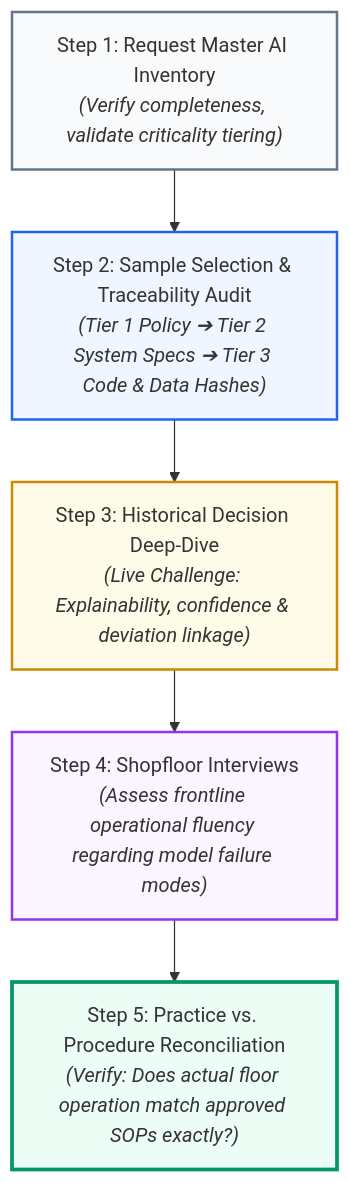
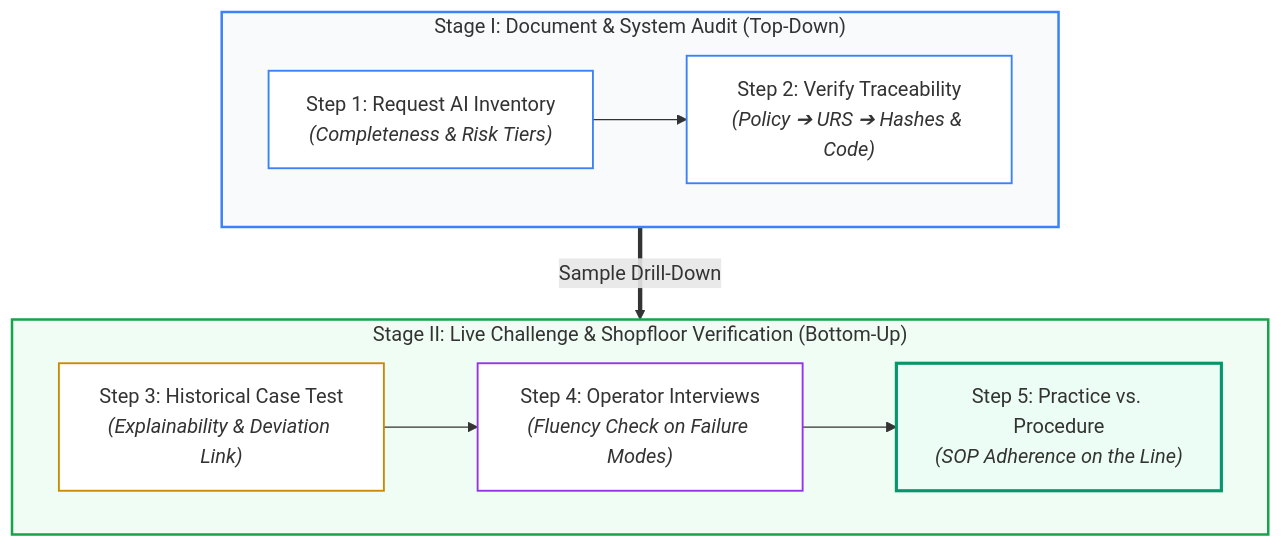
Before and after one commit to Lunaman06/Annex22: the diagram in docs/en/module_12_audit_inspection_readiness.md, drawn with Mermaid. The commit also changed other lines of this file and 29 other files, not shown here.

Commit message:
style(docs): optimize mermaid diagram aspect ratios, edge flows and legibility across all DE and EN modules

````diff
--- a/docs/en/module_12_audit_inspection_readiness.md
+++ b/docs/en/module_12_audit_inspection_readiness.md
@@ -23,13 +23,22 @@
 ```mermaid
 flowchart TD
-    I1["Step 1: Request Master AI Inventory<br/><i>(Verify completeness, validate criticality tiering)</i>"] --> I2["Step 2: Sample Selection & Traceability Audit<br/><i>(Tier 1 Policy ➔ Tier 2 System Specs ➔ Tier 3 Code & Data Hashes)</i>"]
-    I2 --> I3["Step 3: Historical Decision Deep-Dive<br/><i>(Live Challenge: Explainability, confidence & deviation linkage)</i>"]
-    I3 --> I4["Step 4: Shopfloor Interviews<br/><i>(Assess frontline operational fluency regarding model failure modes)</i>"]
-    I4 --> I5["Step 5: Practice vs. Procedure Reconciliation<br/><i>(Verify: Does actual floor operation match approved SOPs exactly?)</i>"]
+    subgraph P1["Stage I: Document & System Audit (Top-Down)"]
+        direction LR
+        I1["Step 1: Request AI Inventory<br/><i>(Completeness & Risk Tiers)</i>"] --> I2["Step 2: Verify Traceability<br/><i>(Policy ➔ URS ➔ Hashes & Code)</i>"]
+    end
 
-    style I1 fill:#f8fafc,stroke:#64748b,stroke-width:2px
-    style I2 fill:#eff6ff,stroke:#2563eb,stroke-width:2px
-    style I3 fill:#fefce8,stroke:#ca8a04,stroke-width:2px
-    style I4 fill:#faf5ff,stroke:#9333ea,stroke-width:2px
-    style I5 fill:#ecfdf5,stroke:#059669,stroke-width:3px
+    subgraph P2["Stage II: Live Challenge & Shopfloor Verification (Bottom-Up)"]
+        direction LR
+        I3["Step 3: Historical Case Test<br/><i>(Explainability & Deviation Link)</i>"] --> I4["Step 4: Operator Interviews<br/><i>(Fluency Check on Failure Modes)</i>"] --> I5["Step 5: Practice vs. Procedure<br/><i>(SOP Adherence on the Line)</i>"]
+    end
+
+    P1 ==>|"Sample Drill-Down"| P2
+
+    style P1 fill:#f8fafc,stroke:#3b82f6,stroke-width:2px
+    style P2 fill:#f0fdf4,stroke:#16a34a,stroke-width:2px
+    style I1 fill:#ffffff,stroke:#3b82f6,stroke-width:1.5px
+    style I2 fill:#ffffff,stroke:#3b82f6,stroke-width:1.5px
+    style I3 fill:#ffffff,stroke:#ca8a04,stroke-width:1.5px
+    style I4 fill:#ffffff,stroke:#9333ea,stroke-width:1.5px
+    style I5 fill:#ecfdf5,stroke:#059669,stroke-width:2.5px
 ```
````
